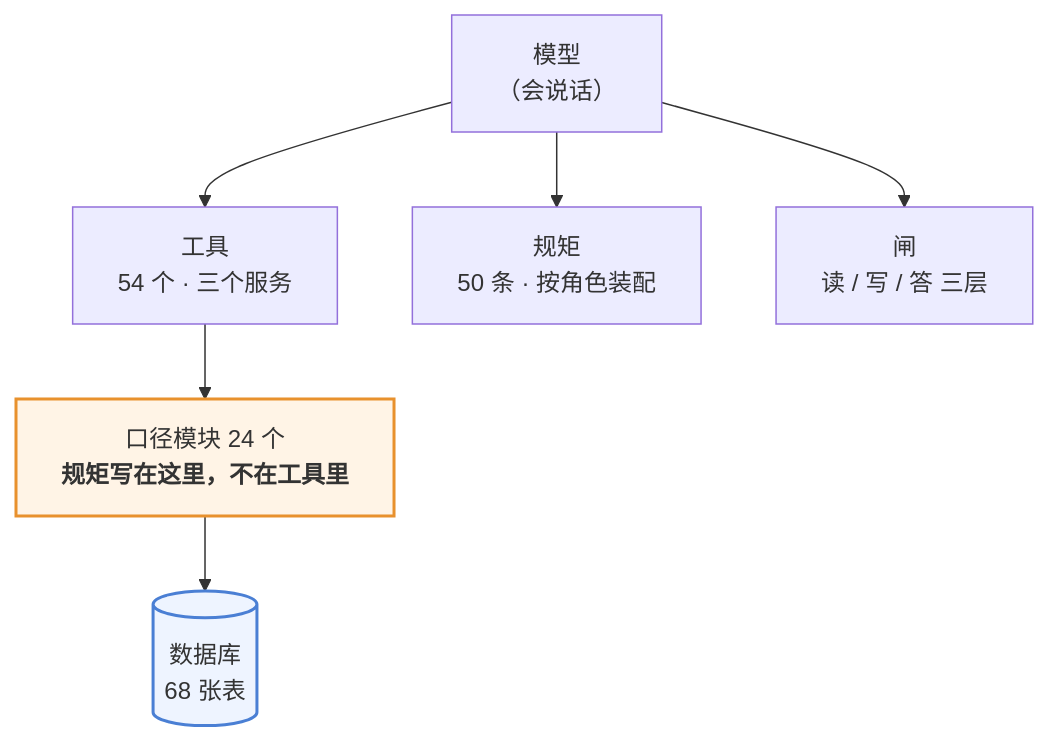
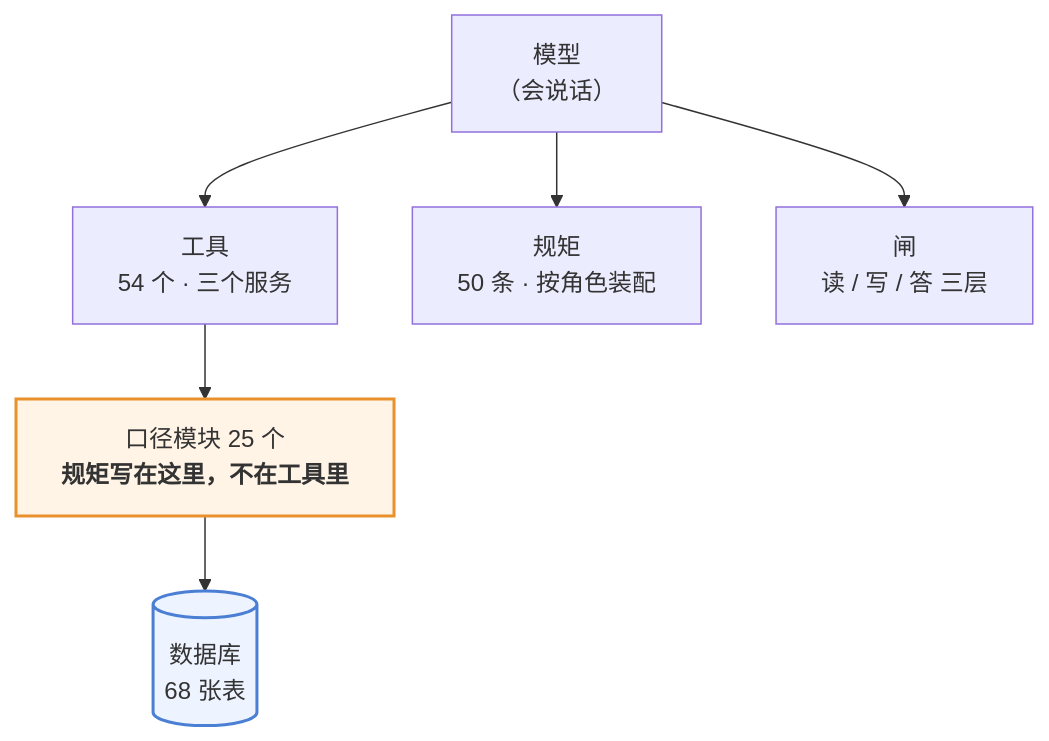
The first of 3 diagrams in 澜绣云裳agent-产品说明.md (843773296-rgb/lanxiu-yunshang-agent), drawn with Mermaid before and after one commit. The commit also changed other lines of this file and 6 other files, not shown here.

````diff
--- a/澜绣云裳agent-产品说明.md
+++ b/澜绣云裳agent-产品说明.md
@@ -62,12 +62,12 @@
 ```mermaid
 flowchart TD
     M["模型<br/>（会说话）"]
     M --> T["工具<br/>54 个 · 三个服务"]
     M --> R["规矩<br/>50 条 · 按角色装配"]
     M --> G["闸<br/>读 / 写 / 答 三层"]
-    T --> K["口径模块 24 个<br/><b>规矩写在这里，不在工具里</b>"]
+    T --> K["口径模块 25 个<br/><b>规矩写在这里，不在工具里</b>"]
     K --> DB[("数据库<br/>68 张表")]
 
     style K fill:#fff4e6,stroke:#e8912d,stroke-width:2px
     style DB fill:#eef4ff,stroke:#4a7fd4,stroke-width:2px
 ```
````
